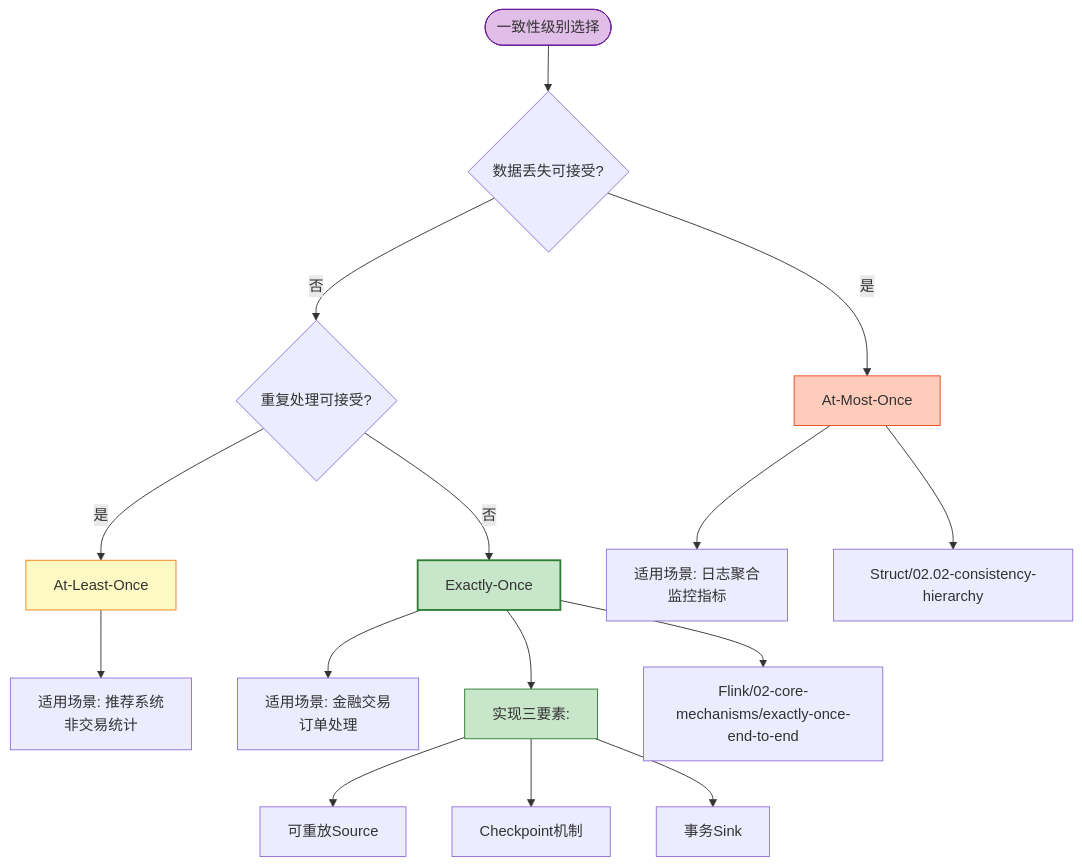
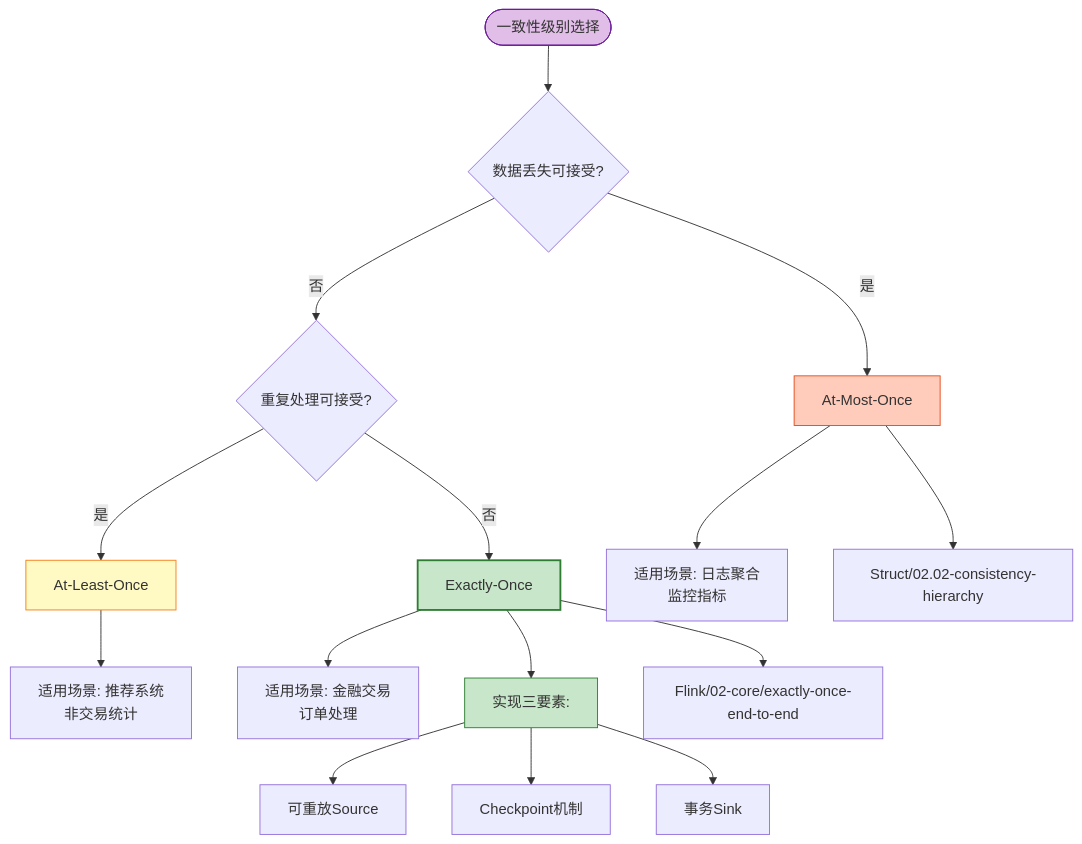
Before and after one commit to AdaMartin18010/AnalysisDataFlow: the eighth of 15 diagrams in archive/deprecated/PROJECT-MAP.md, drawn with Mermaid. The commit also changed other lines of this file and 1958 other files, not shown here.

````diff
--- a/archive/deprecated/PROJECT-MAP.md
+++ b/archive/deprecated/PROJECT-MAP.md
@@ -431,29 +431,29 @@
 ```mermaid
 flowchart TD
     START([一致性级别选择])
 
     START --> Q1{数据丢失可接受?}
     Q1 -->|是| AM[At-Most-Once]
     Q1 -->|否| Q2{重复处理可接受?}
 
     Q2 -->|是| AL[At-Least-Once]
     Q2 -->|否| EO[Exactly-Once]
 
     AM --> AM_USE[适用场景: 日志聚合<br/>监控指标]
     AL --> AL_USE[适用场景: 推荐系统<br/>非交易统计]
     EO --> EO_USE[适用场景: 金融交易<br/>订单处理]
 
     EO --> EO_IMPL[实现三要素:]
     EO_IMPL --> EO1[可重放Source]
     EO_IMPL --> EO2[Checkpoint机制]
     EO_IMPL --> EO3[事务Sink]
 
     AM --> DOC1[Struct/02.02-consistency-hierarchy]
-    EO --> DOC2[Flink/02-core-mechanisms/exactly-once-end-to-end]
+    EO --> DOC2[Flink/02-core/exactly-once-end-to-end]
 
     style START fill:#e1bee7,stroke:#6a1b9a
     style AM fill:#ffccbc,stroke:#e64a19
     style AL fill:#fff9c4,stroke:#f57f17
     style EO fill:#c8e6c9,stroke:#2e7d32,stroke-width:2px
     style EO_IMPL fill:#c8e6c9,stroke:#2e7d32
 ```
````
